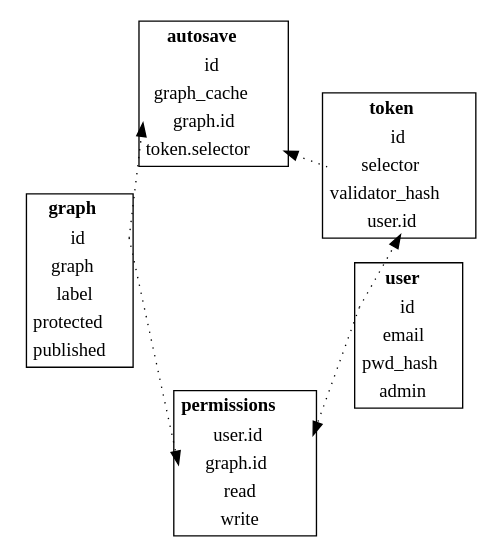
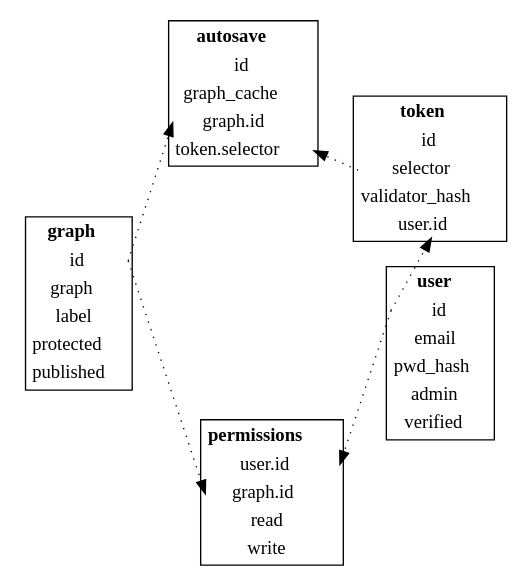
Before and after one commit to lajh87/shinyGraphViz: the diagram in docs/schema.gv, drawn with Graphviz. The commit also changed 4 other files, not shown here.

```diff
--- a/docs/schema.gv
+++ b/docs/schema.gv
@@ -1,66 +1,67 @@
 digraph schema{
   
   graph[splines = compound rankdir = LR layout = fdp]
   node[shape = none] 
   edge[style = dotted ]
   user[
     label = <<table cellborder = "0">
     <th><td><b>user</b></td></th>
     <tr><td port = "id">id</td></tr>
     <tr><td>email</td></tr>
     <tr><td>pwd_hash</td></tr>
     <tr><td>admin</td></tr>
+    <tr><td>verified</td></tr>
     </table>>
     ]
     
   token[
     label = <<table cellborder = "0">
     <th><td><b>token</b></td></th>
     <tr><td>id</td></tr>
     <tr><td port = "selector">selector</td></tr>
     <tr><td>validator_hash</td></tr>
     <tr><td port = "userid">user.id</td></tr>
     </table>>
   ]
   
   graph_[
     label = <
     <table cellborder = "0">
     <th><td><b>graph</b></td></th>
     <tr><td port = "id">id</td></tr>
     <tr><td>graph</td></tr>
     <tr><td>label</td></tr>
     <tr><td>protected</td></tr>
     <tr><td>published</td></tr>
     </table>
     >
   ]
   
   autosave[
     label = <
     <table cellborder = "0">
     <th><td><b>autosave</b></td></th>
      <tr><td>id</td></tr>
     <tr><td>graph_cache</td></tr>
     <tr><td port ="graph_id">graph.id</td></tr>
     <tr><td port = "token_selector">token.selector</td></tr>
     </table>
     >
   ]
   
   permissions[
     label = <<table cellborder = "0">
     <th><td><b>permissions</b></td></th>
     <tr><td port = "user_id">user.id</td></tr>
     <tr><td port = "graph_id">graph.id</td></tr>
     <tr><td>read</td></tr>
     <tr><td>write</td></tr>
     </table>>
   ]
   
   user:id -> token:userid
   user:id -> permissions:user_id
   token:selector -> autosave:token_selector
   graph_:id -> autosave:graph_id
   graph_:id -> permissions:graph_id
 }
```
